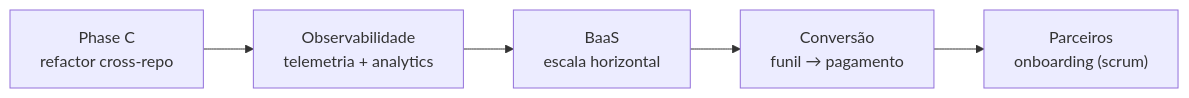
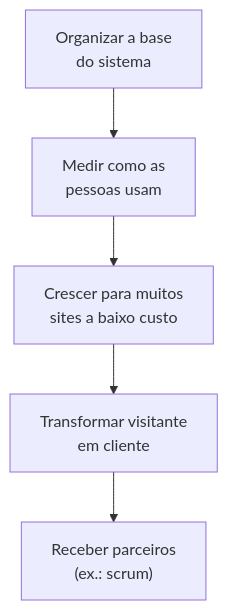
The third of 3 diagrams in docs/scrum-retrospective.pt.md (artelonga/ArteLonga), drawn with Mermaid before and after one commit. The commit also changed other lines of this file and 43 other files, not shown here.

First line of the commit message:
feat(docs): diagramas simples e legíveis (sem jargão) em todas as docs (#89)

````diff
--- a/docs/scrum-retrospective.pt.md
+++ b/docs/scrum-retrospective.pt.md
@@ -92,4 +90,7 @@
 ```mermaid
-flowchart LR
-  P1["Phase C<br/>refactor cross-repo"] --> P2["Observabilidade<br/>telemetria + analytics"] --> P3["BaaS<br/>escala horizontal"] --> P4["Conversão<br/>funil → pagamento"] --> P5["Parceiros<br/>onboarding (scrum)"]
+flowchart TB
+  P1["Organizar a base<br/>do sistema"] --> P2["Medir como as<br/>pessoas usam"]
+  P2 --> P3["Crescer para muitos<br/>sites a baixo custo"]
+  P3 --> P4["Transformar visitante<br/>em cliente"]
+  P4 --> P5["Receber parceiros<br/>(ex.: scrum)"]
 ```
````
